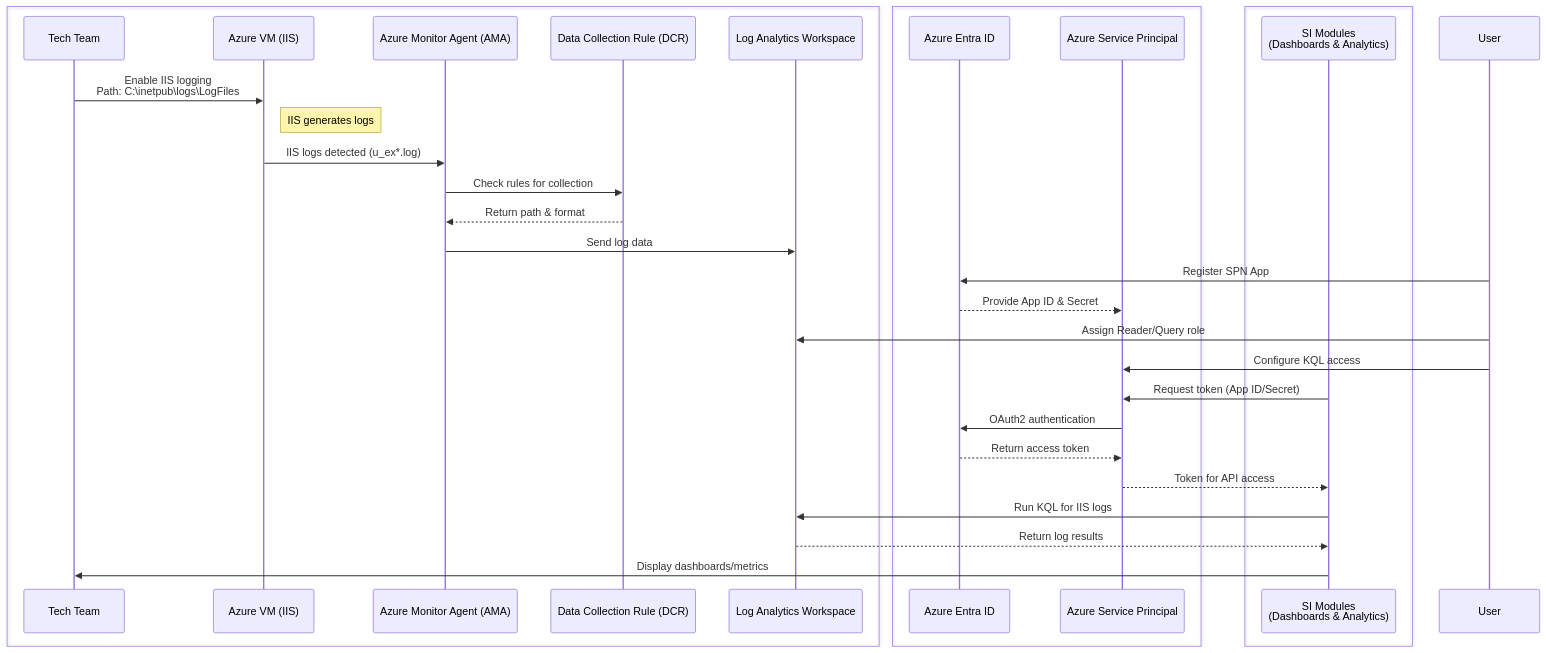
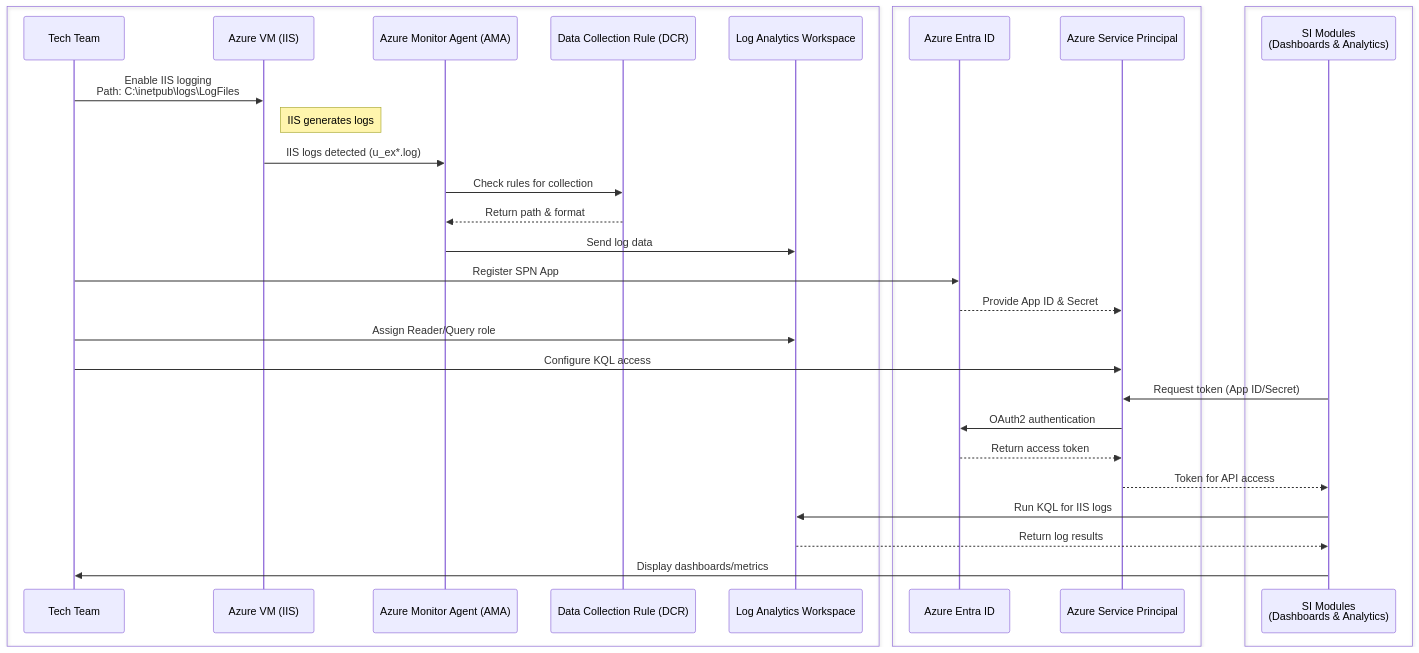
The diagram in README.md (oigbokwe73/Azure-Policy-On-Resource-Group), drawn with Mermaid before and after one commit.

````diff
--- a/README.md
+++ b/README.md
@@ -14,51 +14,51 @@
 ```mermaid
 sequenceDiagram
     %% === MES Modules (Green) ===
     box #e8f5e9:MES Modules Layer
         participant Tech Team
         participant VM as Azure VM (IIS)
         participant AMA as Azure Monitor Agent (AMA)
         participant DCR as Data Collection Rule (DCR)
         participant LAW as Log Analytics Workspace
     end
 
     %% === MES Modules (Blue) ===
     box #e3f2fd:MES Modules Layer
         participant Entra as Azure Entra ID
         participant SPN as Azure Service Principal
     end
 
     %% === SI Modules (Yellow) ===
     box #fffde7:Visualization Layer (SI Modules)
         participant SI as SI Modules<br/>(Dashboards & Analytics)
     end
 
     %% Step 1: IIS logging setup
     Tech Team->>VM: Enable IIS logging<br/>Path: C:\inetpub\logs\LogFiles
     Note right of VM: IIS generates logs
 
     %% Step 2: Log collection via AMA
     VM->>AMA: IIS logs detected (u_ex*.log)
     AMA->>DCR: Check rules for collection
     DCR-->>AMA: Return path & format
     AMA->>LAW: Send log data
 
     %% Step 3: Register Azure SPN
-    User->>Entra: Register SPN App
+    Tech Team->>Entra: Register SPN App
     Entra-->>SPN: Provide App ID & Secret
 
     %% Step 4: Assign access to LAW
-    User->>LAW: Assign Reader/Query role
-    User->>SPN: Configure KQL access
+    Tech Team->>LAW: Assign Reader/Query role
+    Tech Team->>SPN: Configure KQL access
 
     %% Step 5: Authenticate SI
     SI->>SPN: Request token (App ID/Secret)
     SPN->>Entra: OAuth2 authentication
     Entra-->>SPN: Return access token
     SPN-->>SI: Token for API access
 
     %% Step 6: Query and Visualize
     SI->>LAW: Run KQL for IIS logs
     LAW-->>SI: Return log results
     SI->>Tech Team: Display dashboards/metrics
 ```
````
